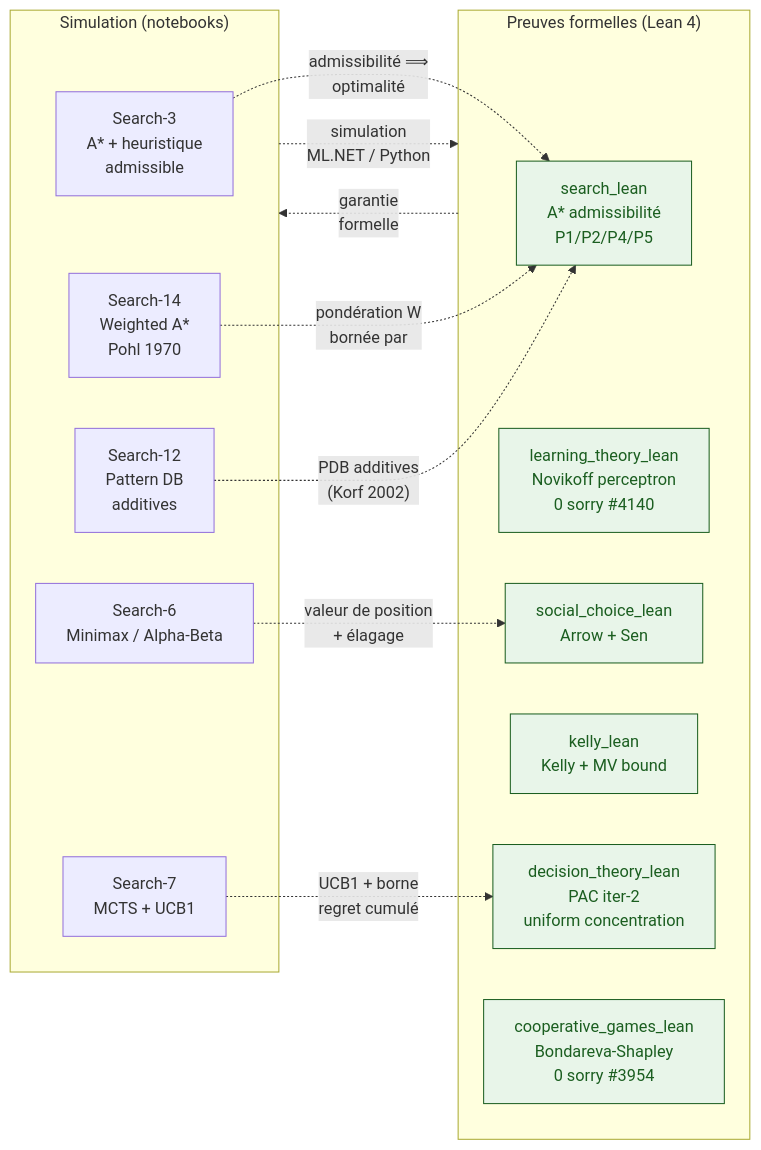
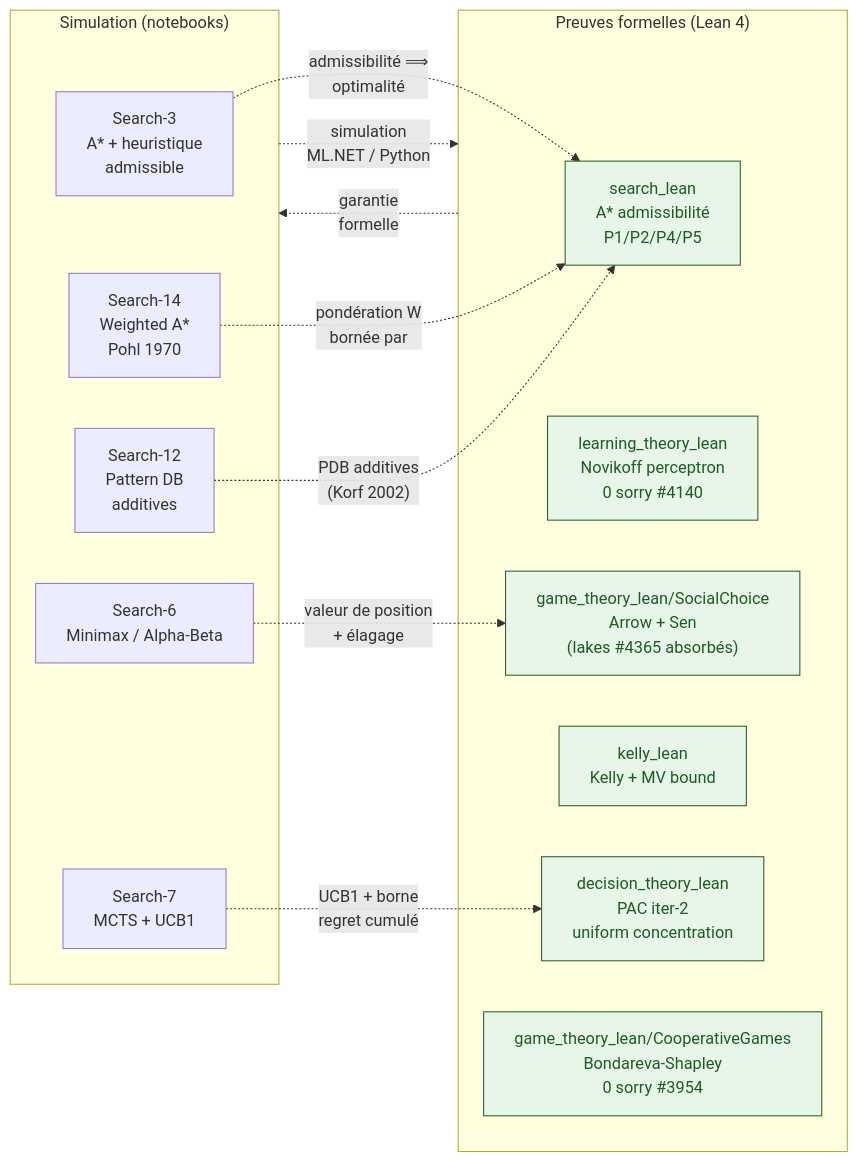
Before and after one commit to jsboige/CoursIA: the second of 2 diagrams in MyIA.AI.Notebooks/Search/README.md, drawn with Mermaid. The commit also changed other lines of this file and 2 other files, not shown here.

````diff
--- a/MyIA.AI.Notebooks/Search/README.md
+++ b/MyIA.AI.Notebooks/Search/README.md
@@ -708,27 +708,27 @@
 ```mermaid
 flowchart LR
     subgraph SIM["Simulation (notebooks)"]
         S3["Search-3<br/>A* + heuristique<br/>admissible"]
         S14["Search-14<br/>Weighted A*<br/>Pohl 1970"]
         S12["Search-12<br/>Pattern DB<br/>additives"]
         S6["Search-6<br/>Minimax / Alpha-Beta"]
         S7["Search-7<br/>MCTS + UCB1"]
     end
     subgraph LEAN["Preuves formelles (Lean 4)"]
         LA["search_lean<br/>A* admissibilité<br/>P1/P2/P4/P5"]
         LM["learning_theory_lean<br/>Novikoff perceptron<br/>0 sorry #4140"]
         LP["decision_theory_lean<br/>PAC iter-2<br/>uniform concentration"]
         LK["kelly_lean<br/>Kelly + MV bound"]
-        LG["social_choice_lean<br/>Arrow + Sen"]
-        LB["cooperative_games_lean<br/>Bondareva-Shapley<br/>0 sorry #3954"]
+        LG["game_theory_lean/SocialChoice<br/>Arrow + Sen<br/>(lakes #4365 absorbés)"]
+        LB["game_theory_lean/CooperativeGames<br/>Bondareva-Shapley<br/>0 sorry #3954"]
     end
     S3 -.->|"admissibilité ⟹<br/>optimalité"| LA
     S14 -.->|"pondération W<br/>bornée par"| LA
     S12 -.->|"PDB additives<br/>(Korf 2002)"| LA
     S6 -.->|"valeur de position<br/>+ élagage"| LG
     S7 -.->|"UCB1 + borne<br/>regret cumulé"| LP
     SIM -.->|"simulation<br/>ML.NET / Python"| LEAN
     LEAN -.->|"garantie<br/>formelle"| SIM
     classDef lean fill:#e8f5e9,stroke:#1b5e20,color:#1b5e20
     class LA,LM,LP,LK,LG,LB lean
 ```
````
